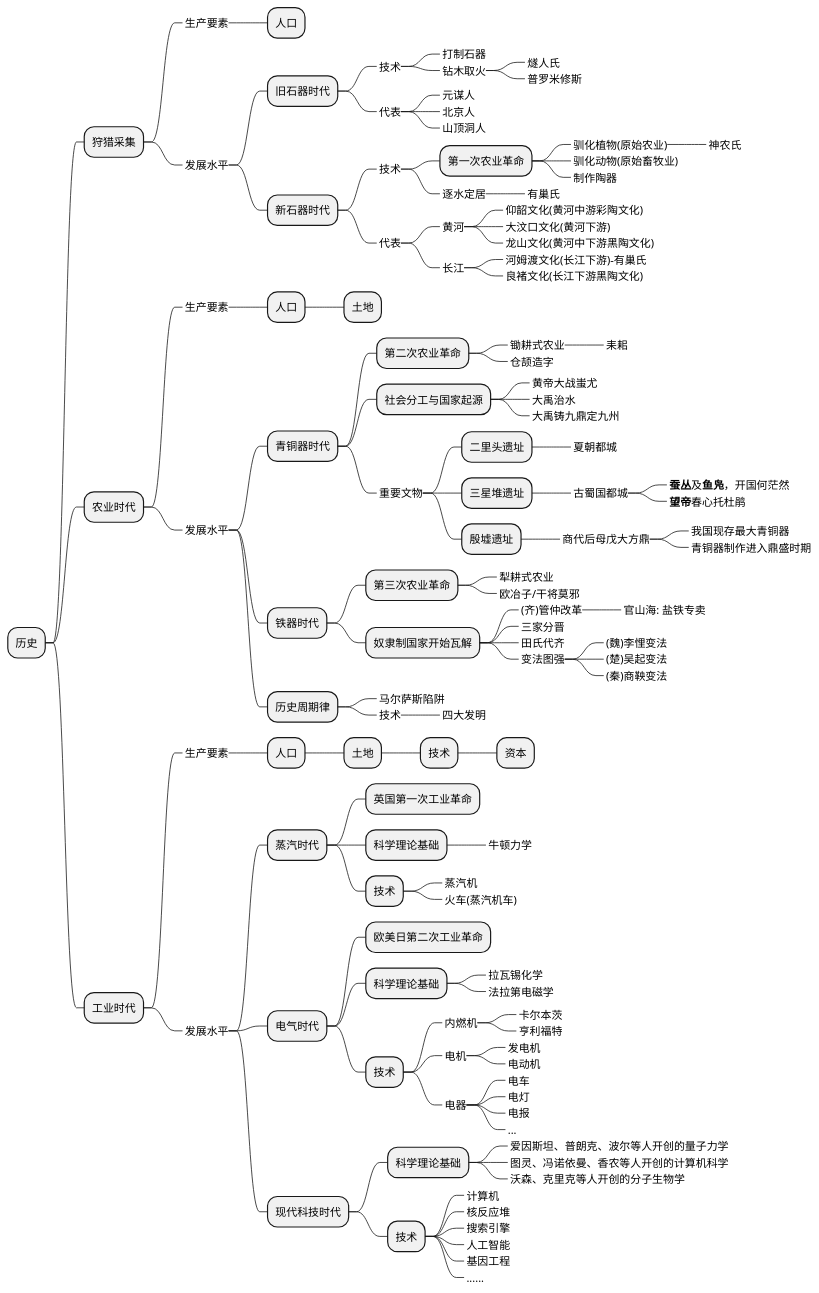
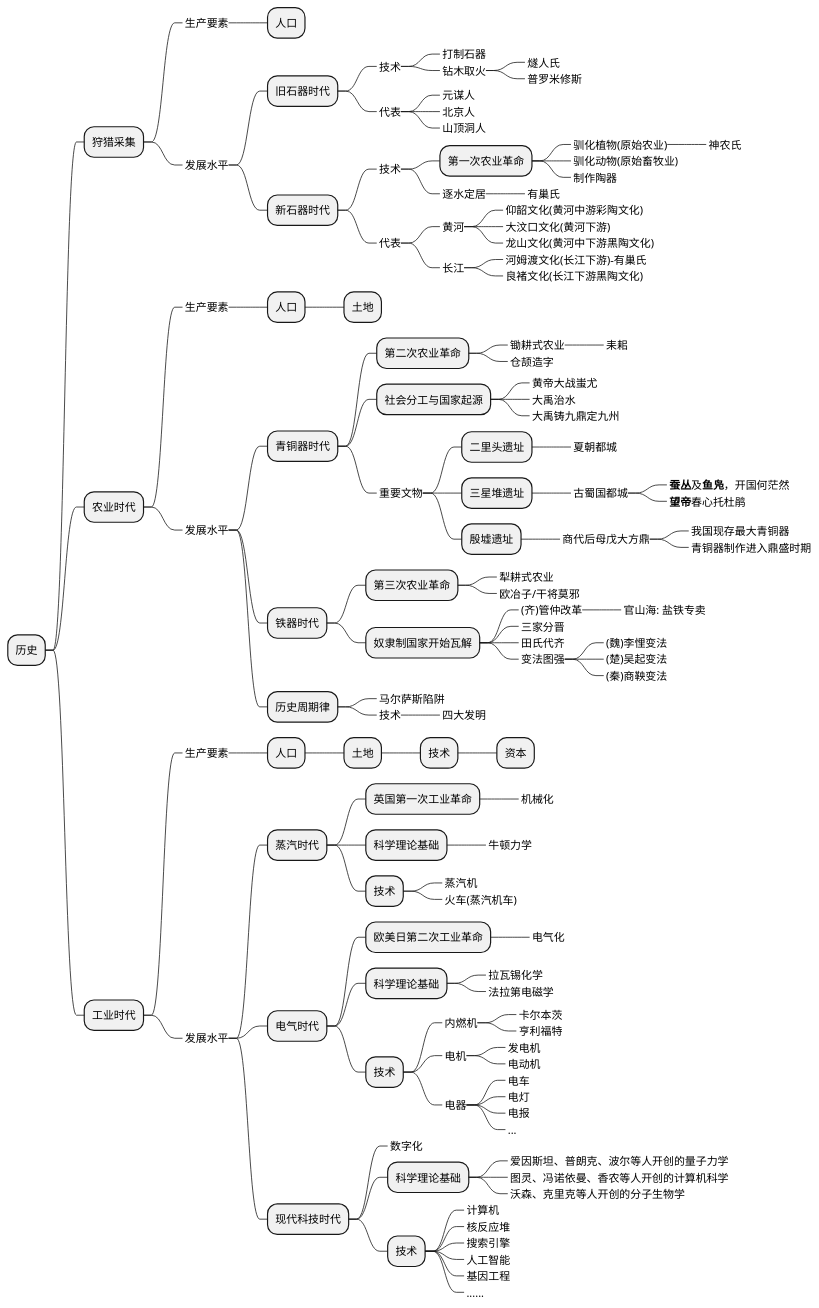
One commit to holmofy/blog.hufeifei.cn changed the first of 2 diagrams in source/_posts/economic/economic_and_history.md. Above: the diagram before and after it, drawn with PlantUML.

```diff
--- a/source/_posts/economic/economic_and_history.md
+++ b/source/_posts/economic/economic_and_history.md
@@ -98,6 +98,7 @@
 +++_ 发展水平
 ++++ 蒸汽时代
 +++++ 英国第一次工业革命
+++++++_ 机械化
 +++++ 科学理论基础
 ++++++_ 牛顿力学
 +++++ 技术
@@ -105,6 +106,7 @@
 ++++++_ 火车(蒸汽机车)
 ++++ 电气时代
 +++++ 欧美日第二次工业革命
+++++++_ 电气化
 +++++ 科学理论基础
 ++++++_ 拉瓦锡化学
 ++++++_ 法拉第电磁学
@@ -121,6 +123,7 @@
 +++++++_ 电报
 +++++++_ ...
 ++++ 现代科技时代
++++++_ 数字化
 +++++ 科学理论基础
 ++++++_ 爱因斯坦、普朗克、波尔等人开创的量子力学
 ++++++_ 图灵、冯诺依曼、香农等人开创的计算机科学
```
